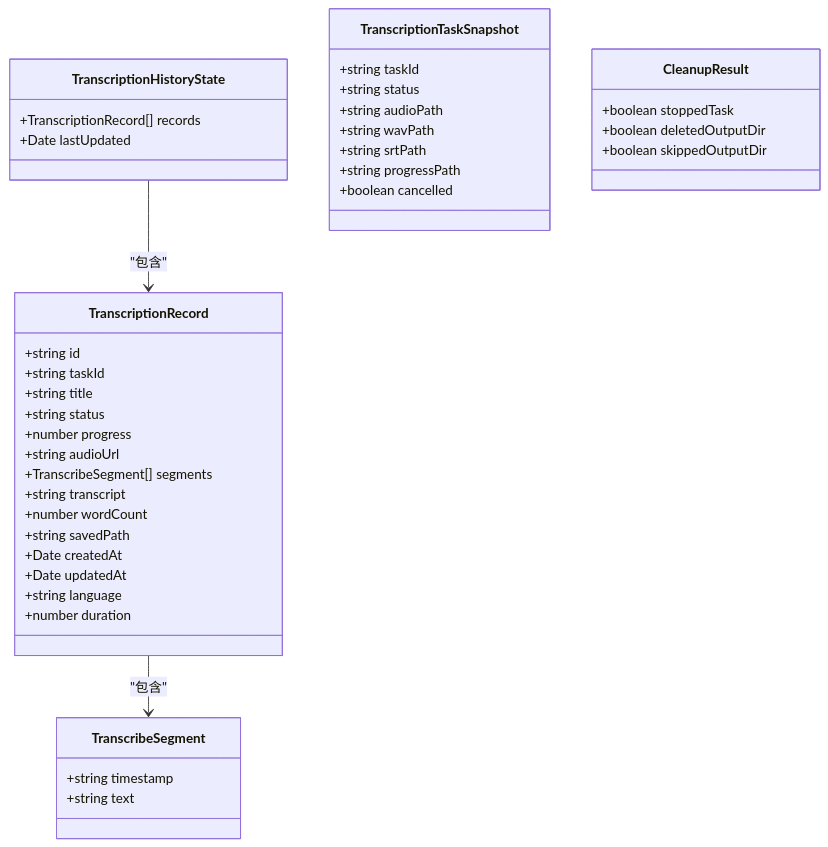
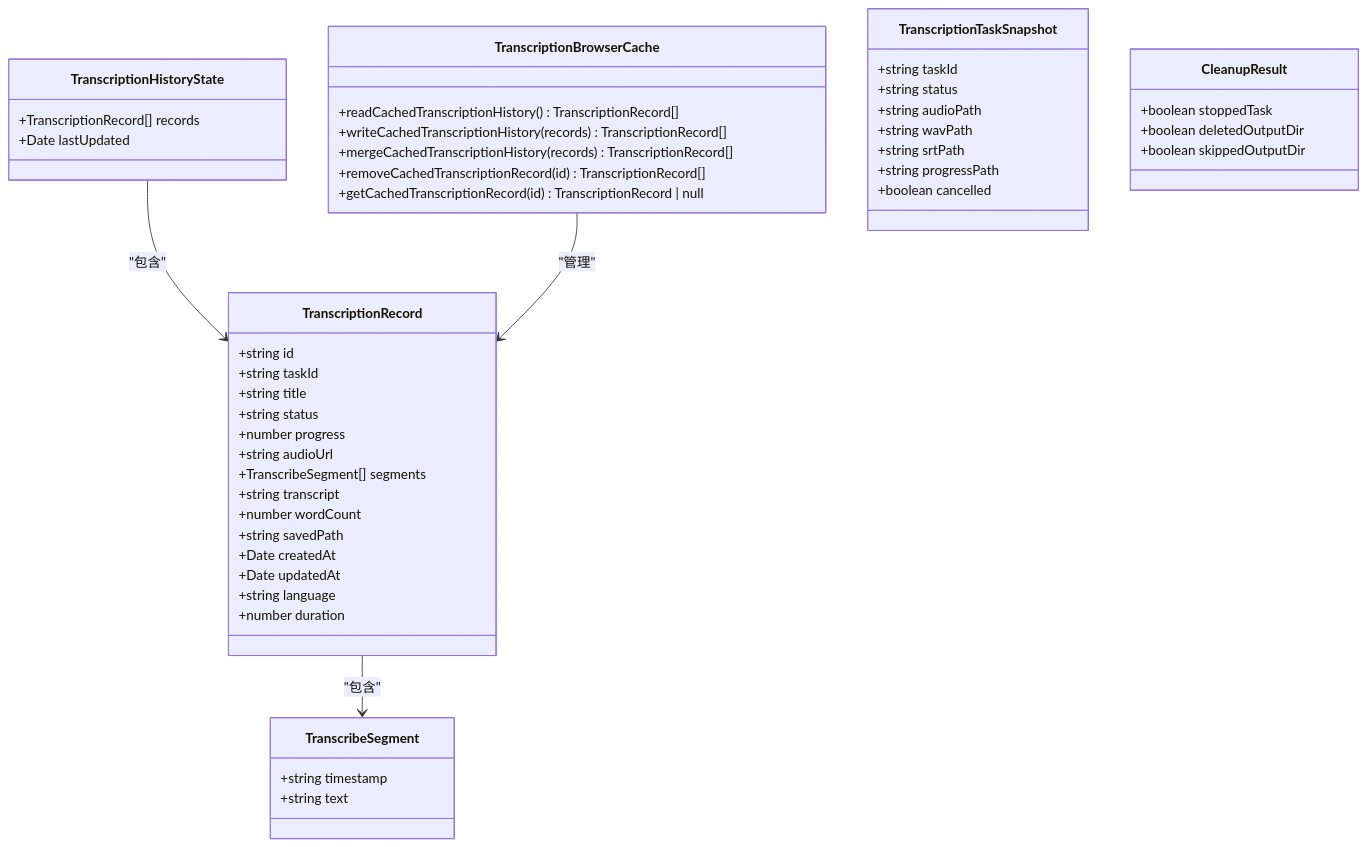
The second of 16 diagrams in .qoder/repowiki/zh/content/Transcription History System.md (clawbotai/memo-flow), drawn with Mermaid before and after one commit. The commit also changed other lines of this file and 18 other files, not shown here.

````diff
--- a/.qoder/repowiki/zh/content/Transcription History System.md
+++ b/.qoder/repowiki/zh/content/Transcription History System.md
@@ -103,43 +122,51 @@
 ```mermaid
 classDiagram
 class TranscriptionRecord {
 +string id
 +string taskId
 +string title
 +string status
 +number progress
 +string audioUrl
 +TranscribeSegment[] segments
 +string transcript
 +number wordCount
 +string savedPath
 +Date createdAt
 +Date updatedAt
 +string language
 +number duration
 }
 class TranscriptionHistoryState {
 +TranscriptionRecord[] records
 +Date lastUpdated
 }
+class TranscriptionBrowserCache {
++readCachedTranscriptionHistory() TranscriptionRecord[]
++writeCachedTranscriptionHistory(records) TranscriptionRecord[]
++mergeCachedTranscriptionHistory(records) TranscriptionRecord[]
++removeCachedTranscriptionRecord(id) TranscriptionRecord[]
++getCachedTranscriptionRecord(id) TranscriptionRecord | null
+}
 class TranscribeSegment {
 +string timestamp
 +string text
 }
 class TranscriptionTaskSnapshot {
 +string taskId
 +string status
 +string audioPath
 +string wavPath
 +string srtPath
 +string progressPath
 +boolean cancelled
 }
 class CleanupResult {
 +boolean stoppedTask
 +boolean deletedOutputDir
 +boolean skippedOutputDir
 }
 TranscriptionHistoryState --> TranscriptionRecord : "包含"
 TranscriptionRecord --> TranscribeSegment : "包含"
+TranscriptionBrowserCache --> TranscriptionRecord : "管理"
 ```
````
